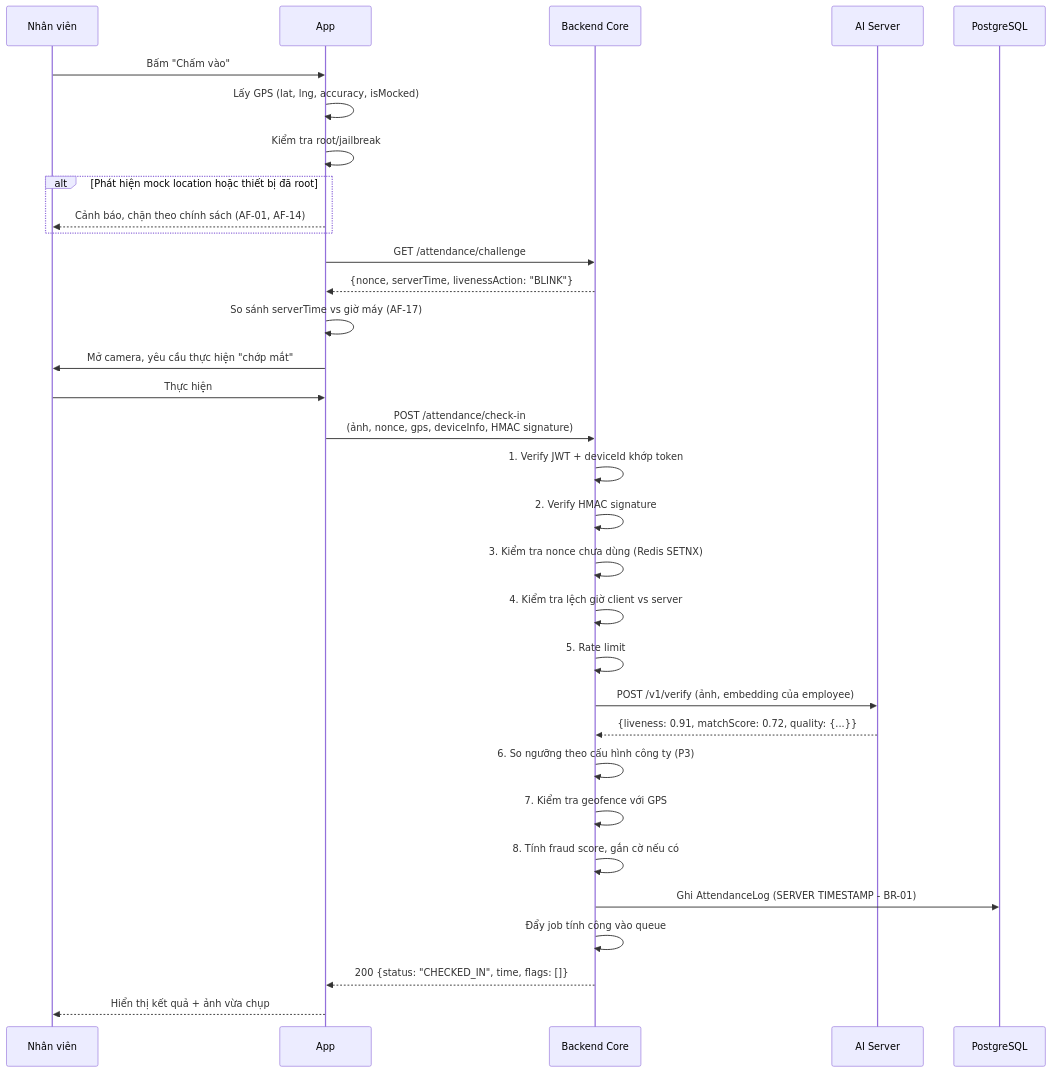
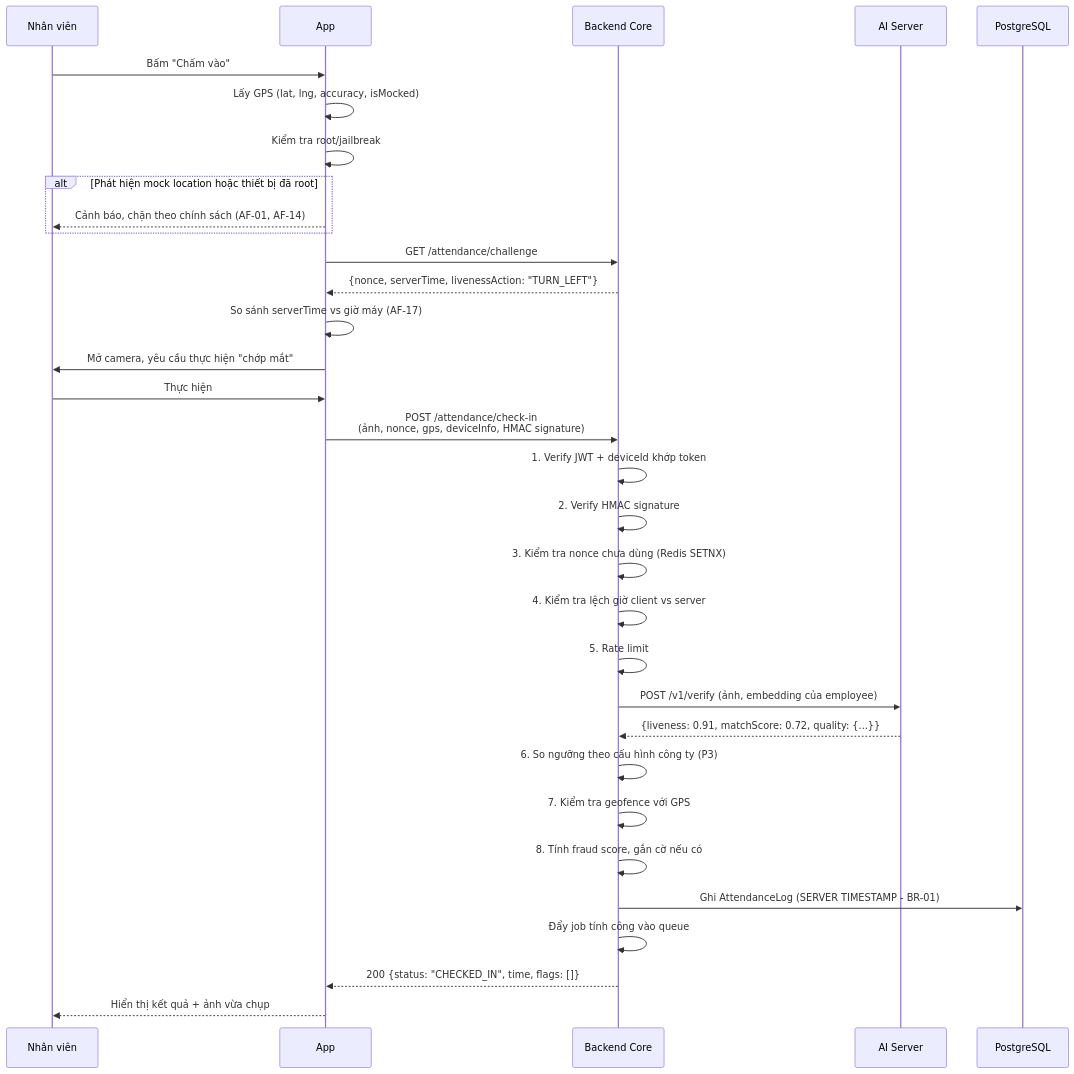
Before and after one commit to asctechsoft/smart-face: the second of 2 diagrams in docs/03-nghiep-vu-app-nhan-vien.md, drawn with Mermaid. The commit also changed 29 other files, not shown here.

````diff
--- a/docs/03-nghiep-vu-app-nhan-vien.md
+++ b/docs/03-nghiep-vu-app-nhan-vien.md
@@ -327,35 +327,35 @@
 ```mermaid
 sequenceDiagram
     participant U as Nhân viên
     participant A as App
     participant B as Backend Core
     participant AI as AI Server
     participant DB as PostgreSQL
 
     U->>A: Bấm "Chấm vào"
     A->>A: Lấy GPS (lat, lng, accuracy, isMocked)
     A->>A: Kiểm tra root/jailbreak
     alt Phát hiện mock location hoặc thiết bị đã root
         A-->>U: Cảnh báo, chặn theo chính sách (AF-01, AF-14)
     end
     A->>B: GET /attendance/challenge
-    B-->>A: {nonce, serverTime, livenessAction: "BLINK"}
+    B-->>A: {nonce, serverTime, livenessAction: "TURN_LEFT"}
     A->>A: So sánh serverTime vs giờ máy (AF-17)
     A->>U: Mở camera, yêu cầu thực hiện "chớp mắt"
     U->>A: Thực hiện
     A->>B: POST /attendance/check-in<br/>(ảnh, nonce, gps, deviceInfo, HMAC signature)
     B->>B: 1. Verify JWT + deviceId khớp token
     B->>B: 2. Verify HMAC signature
     B->>B: 3. Kiểm tra nonce chưa dùng (Redis SETNX)
     B->>B: 4. Kiểm tra lệch giờ client vs server
     B->>B: 5. Rate limit
     B->>AI: POST /v1/verify (ảnh, embedding của employee)
     AI-->>B: {liveness: 0.91, matchScore: 0.72, quality: {...}}
     B->>B: 6. So ngưỡng theo cấu hình công ty (P3)
     B->>B: 7. Kiểm tra geofence với GPS
     B->>B: 8. Tính fraud score, gắn cờ nếu có
     B->>DB: Ghi AttendanceLog (SERVER TIMESTAMP - BR-01)
     B->>B: Đẩy job tính công vào queue
     B-->>A: 200 {status: "CHECKED_IN", time, flags: []}
     A-->>U: Hiển thị kết quả + ảnh vừa chụp
 ```
````
